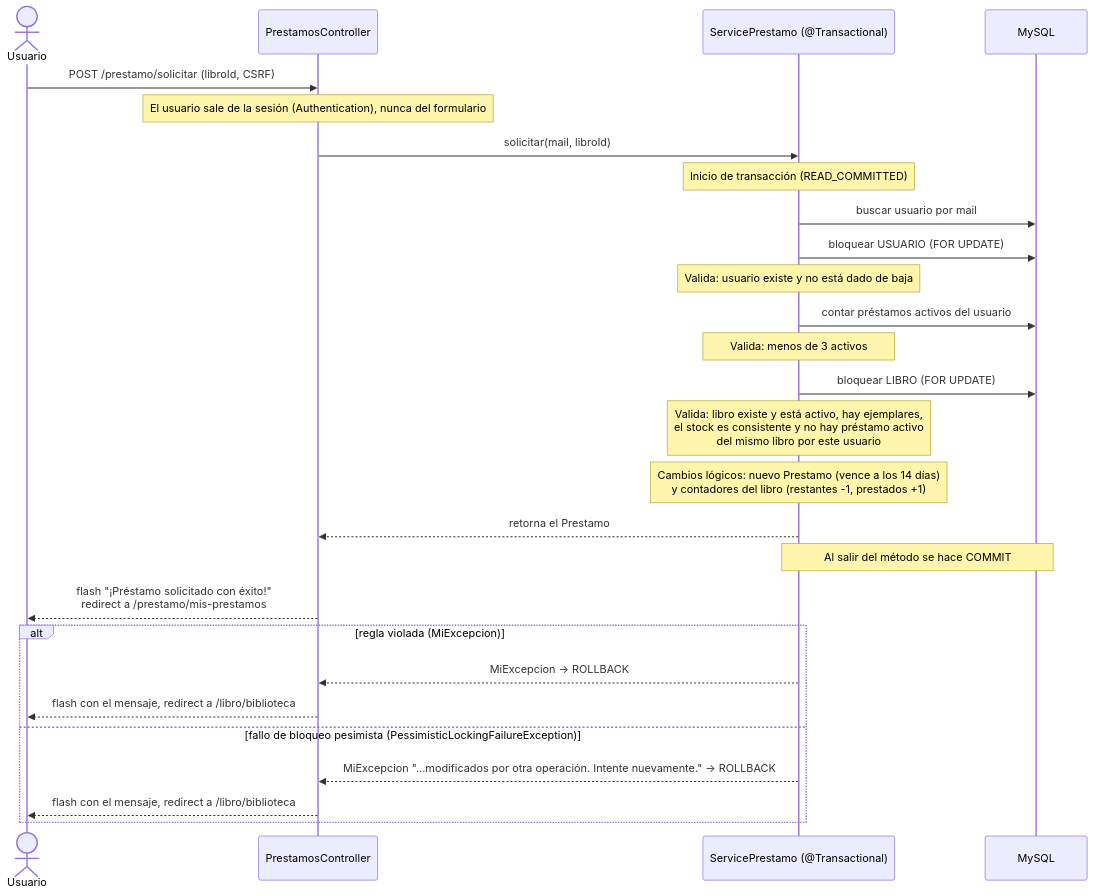
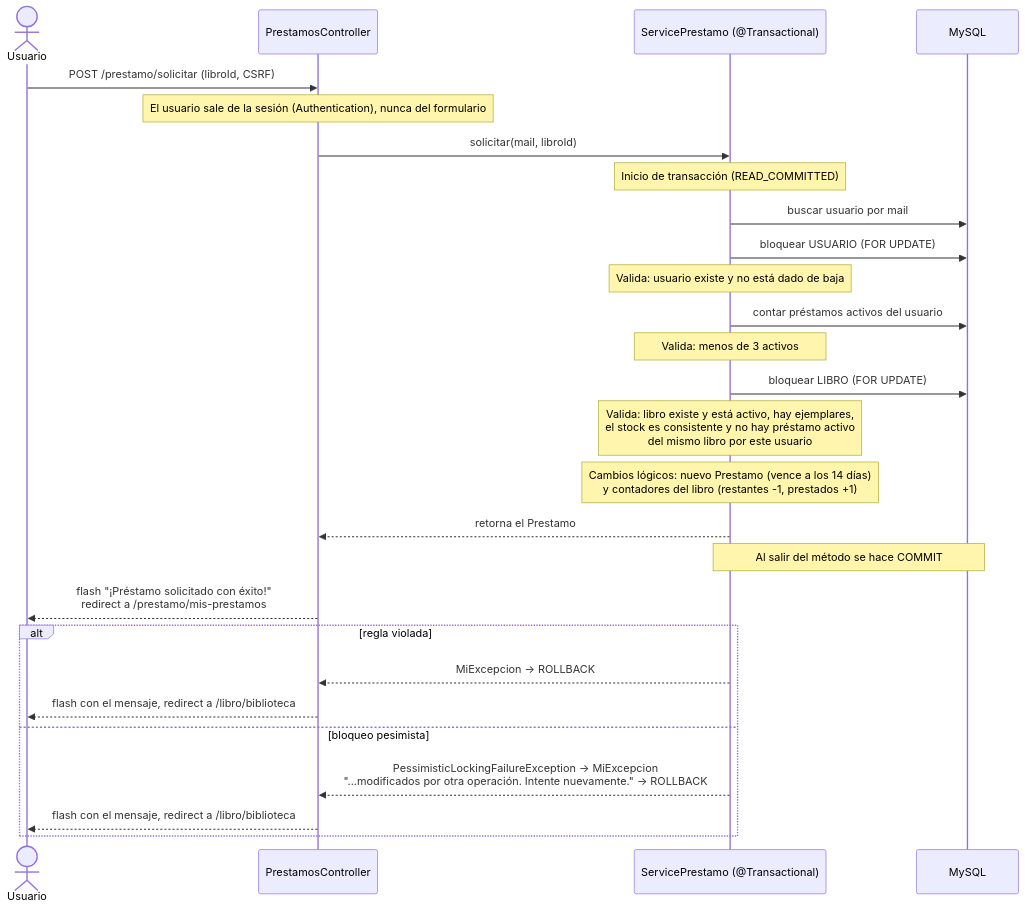
One commit to lautaropavez/el-ceibo changed the third of 5 diagrams in docs/diagramas.md. Above: the diagram before and after it, drawn with Mermaid. The commit also changed other lines of this file and 15 other files, not shown here.

````diff
--- a/docs/diagramas.md
+++ b/docs/diagramas.md
@@ -103,30 +103,30 @@
 ```mermaid
 sequenceDiagram
     actor U as Usuario
     participant C as PrestamosController
     participant S as ServicePrestamo (@Transactional)
     participant DB as MySQL
 
     U->>C: POST /prestamo/solicitar (libroId, CSRF)
     Note over C: El usuario sale de la sesión (Authentication), nunca del formulario
     C->>S: solicitar(mail, libroId)
     Note over S: Inicio de transacción (READ_COMMITTED)
     S->>DB: buscar usuario por mail
     S->>DB: bloquear USUARIO (FOR UPDATE)
     Note over S: Valida: usuario existe y no está dado de baja
     S->>DB: contar préstamos activos del usuario
     Note over S: Valida: menos de 3 activos
     S->>DB: bloquear LIBRO (FOR UPDATE)
     Note over S: Valida: libro existe y está activo, hay ejemplares,<br/>el stock es consistente y no hay préstamo activo<br/>del mismo libro por este usuario
     Note over S: Cambios lógicos: nuevo Prestamo (vence a los 14 días)<br/>y contadores del libro (restantes -1, prestados +1)
     S-->>C: retorna el Prestamo
     Note over S,DB: Al salir del método se hace COMMIT
     C-->>U: flash "¡Préstamo solicitado con éxito!"<br/>redirect a /prestamo/mis-prestamos
-    alt regla violada (MiExcepcion)
+    alt regla violada
         S-->>C: MiExcepcion → ROLLBACK
         C-->>U: flash con el mensaje, redirect a /libro/biblioteca
-    else fallo de bloqueo pesimista (PessimisticLockingFailureException)
-        S-->>C: MiExcepcion "...modificados por otra operación. Intente nuevamente." → ROLLBACK
+    else bloqueo pesimista
+        S-->>C: PessimisticLockingFailureException → MiExcepcion<br/>"...modificados por otra operación. Intente nuevamente." → ROLLBACK
         C-->>U: flash con el mensaje, redirect a /libro/biblioteca
     end
 ```
````
